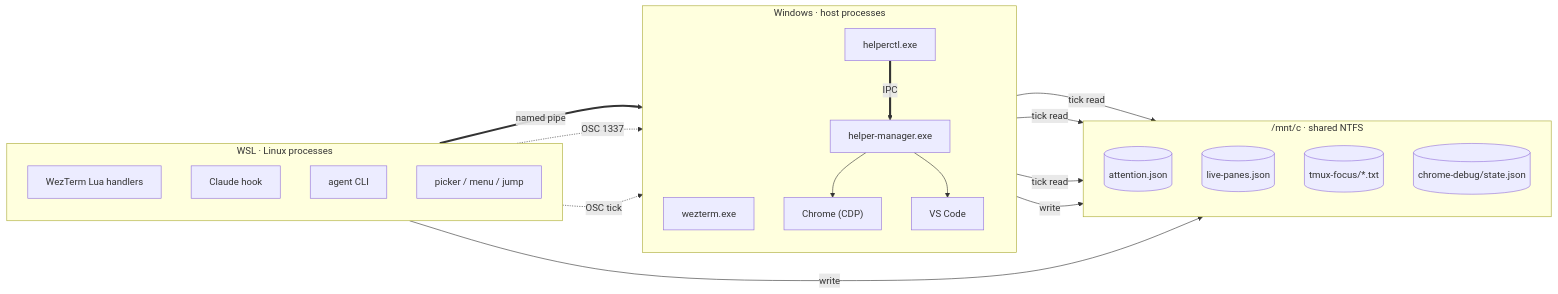
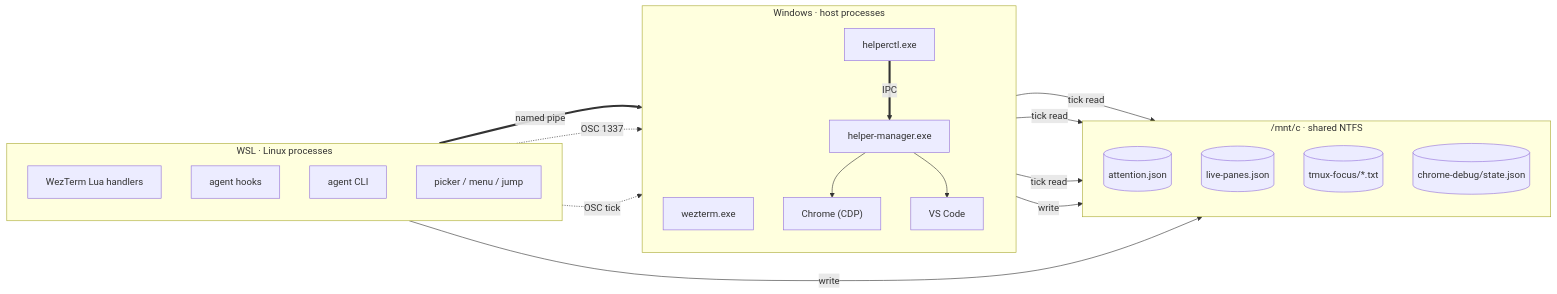
One commit to yunsii/wezdeck changed the third of 4 diagrams in docs/presentations/ai-workspace-sharing-outline.md. Above: the diagram before and after it, drawn with Mermaid. The commit also changed 12 other files, not shown here.

````diff
--- a/docs/presentations/ai-workspace-sharing-outline.md
+++ b/docs/presentations/ai-workspace-sharing-outline.md
@@ -135,41 +135,41 @@
 ```mermaid
 flowchart LR
   subgraph WSL["WSL · Linux processes"]
     direction TB
     W_LUA["WezTerm Lua handlers"]
-    W_HOOK["Claude hook"]
+    W_HOOK["agent hooks"]
     W_AGENT["agent CLI"]
     W_BASH["picker / menu / jump"]
   end
 
   subgraph FS["/mnt/c · shared NTFS"]
     direction TB
     F_ATT[("attention.json")]
     F_LIVE[("live-panes.json")]
     F_FOCUS[("tmux-focus/*.txt")]
     F_CHROME[("chrome-debug/state.json")]
   end
 
   subgraph WIN["Windows · host processes"]
     direction TB
     H_WEZ["wezterm.exe"]
     H_CTL["helperctl.exe"]
     H_MGR["helper-manager.exe"]
     H_CHR["Chrome (CDP)"]
     H_VSC["VS Code"]
   end
 
   W_BASH ==>|"named pipe"| H_CTL
   H_CTL ==>|"IPC"| H_MGR
   H_MGR --> H_CHR
   H_MGR --> H_VSC
 
   W_AGENT -.->|"OSC 1337"| H_WEZ
   W_HOOK  -.->|"OSC tick"| H_WEZ
 
   W_HOOK -- write --> F_ATT
   H_WEZ  -- "tick read" --> F_ATT
   H_WEZ  -- "tick read" --> F_LIVE
   H_WEZ  -- "tick read" --> F_CHROME
   H_MGR  -- write --> F_CHROME
 ```
````
